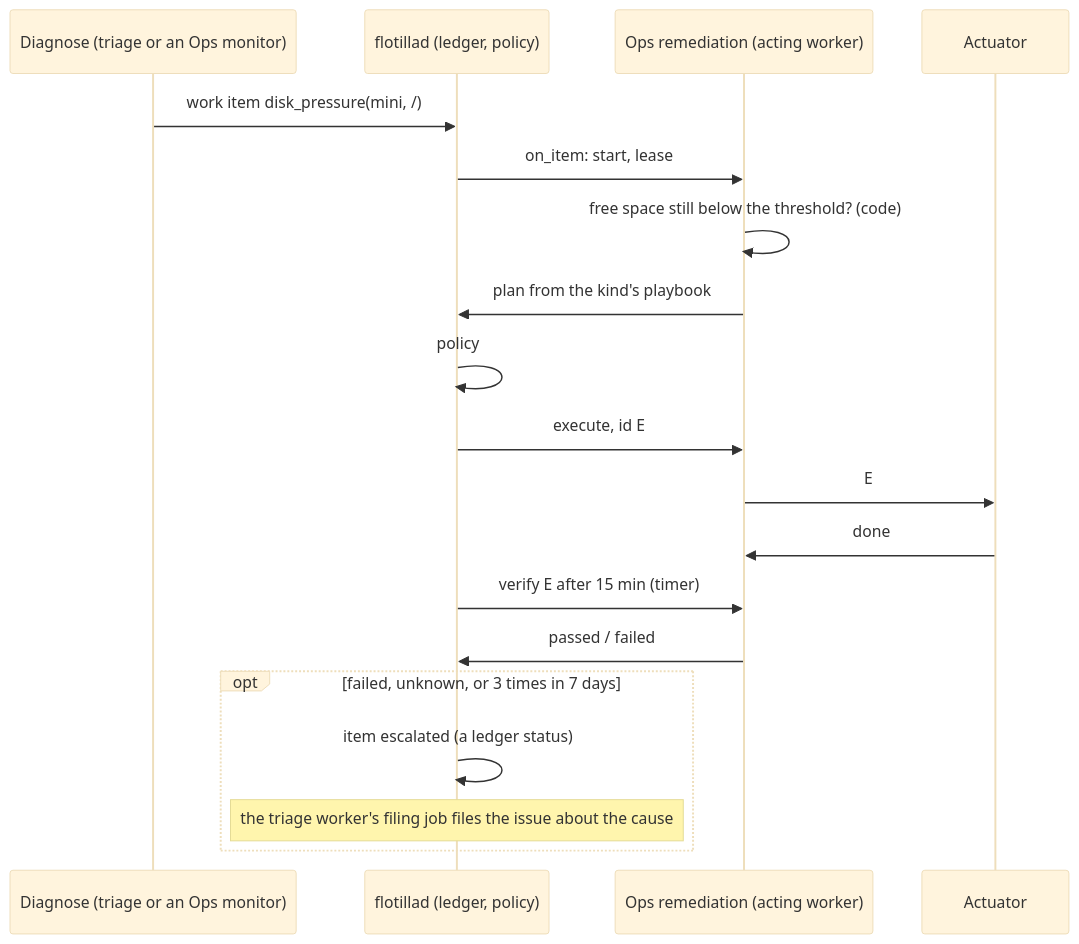
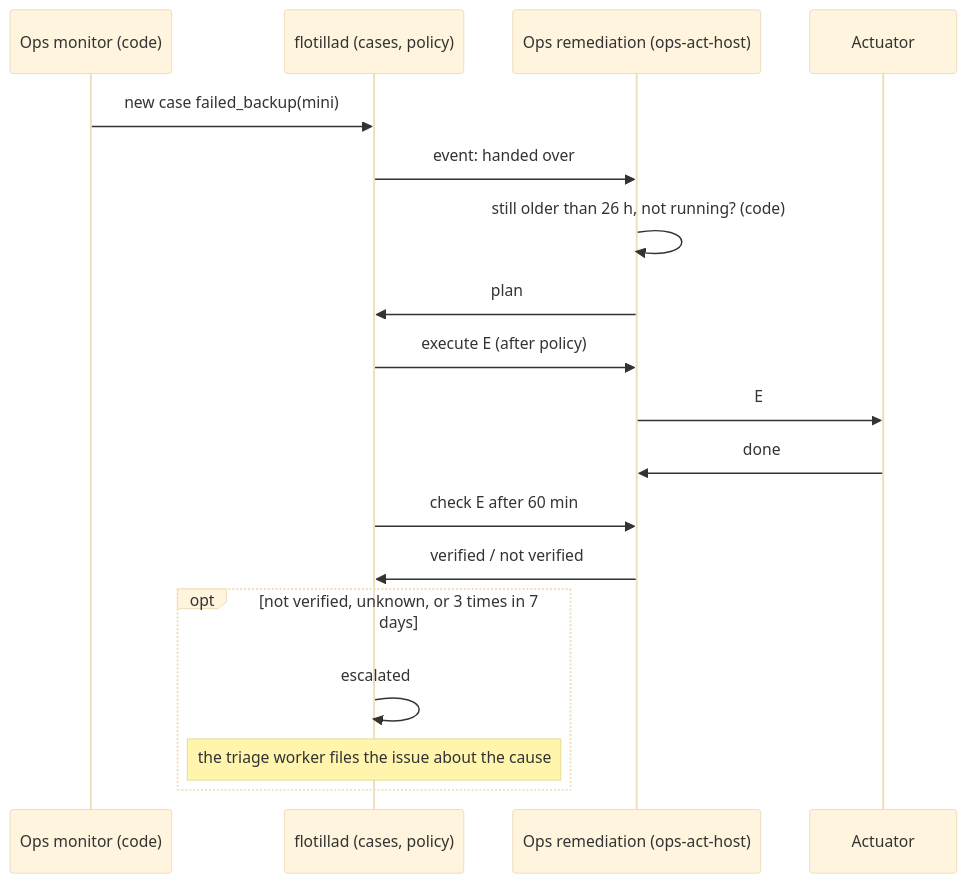
The sixth of 7 diagrams in docs/rfc/RFC-0004-agent-pipeline.md (chipi/flotilla), drawn with Mermaid (base theme) before and after one commit. The commit also changed other lines of this file, not shown here.

````diff
--- a/docs/rfc/RFC-0004-agent-pipeline.md
+++ b/docs/rfc/RFC-0004-agent-pipeline.md
@@ -449,21 +421,20 @@
 ```mermaid
 sequenceDiagram
-    participant D as Diagnose (triage or an Ops monitor)
-    participant F as flotillad (ledger, policy)
-    participant Rm as Ops remediation (acting worker)
+    participant M as Ops monitor (code)
+    participant F as flotillad (cases, policy)
+    participant Rm as Ops remediation (ops-act-host)
     participant X as Actuator
-    D->>F: work item disk_pressure(mini, /)
-    F->>Rm: on_item: start, lease
-    Rm->>Rm: free space still below the threshold? (code)
-    Rm->>F: plan from the kind's playbook
-    F->>F: policy
-    F->>Rm: execute, id E
+    M->>F: new case failed_backup(mini)
+    F->>Rm: event: handed over
+    Rm->>Rm: still older than 26 h, not running? (code)
+    Rm->>F: plan
+    F->>Rm: execute E (after policy)
     Rm->>X: E
     X->>Rm: done
-    F->>Rm: verify E after 15 min (timer)
-    Rm->>F: passed / failed
-    opt failed, unknown, or 3 times in 7 days
-        F->>F: item escalated (a ledger status)
-        Note over F: the triage worker's filing job files the issue about the cause
+    F->>Rm: check E after 60 min
+    Rm->>F: verified / not verified
+    opt not verified, unknown, or 3 times in 7 days
+        F->>F: escalated
+        Note over F: the triage worker files the issue about the cause
     end
 ```
````
